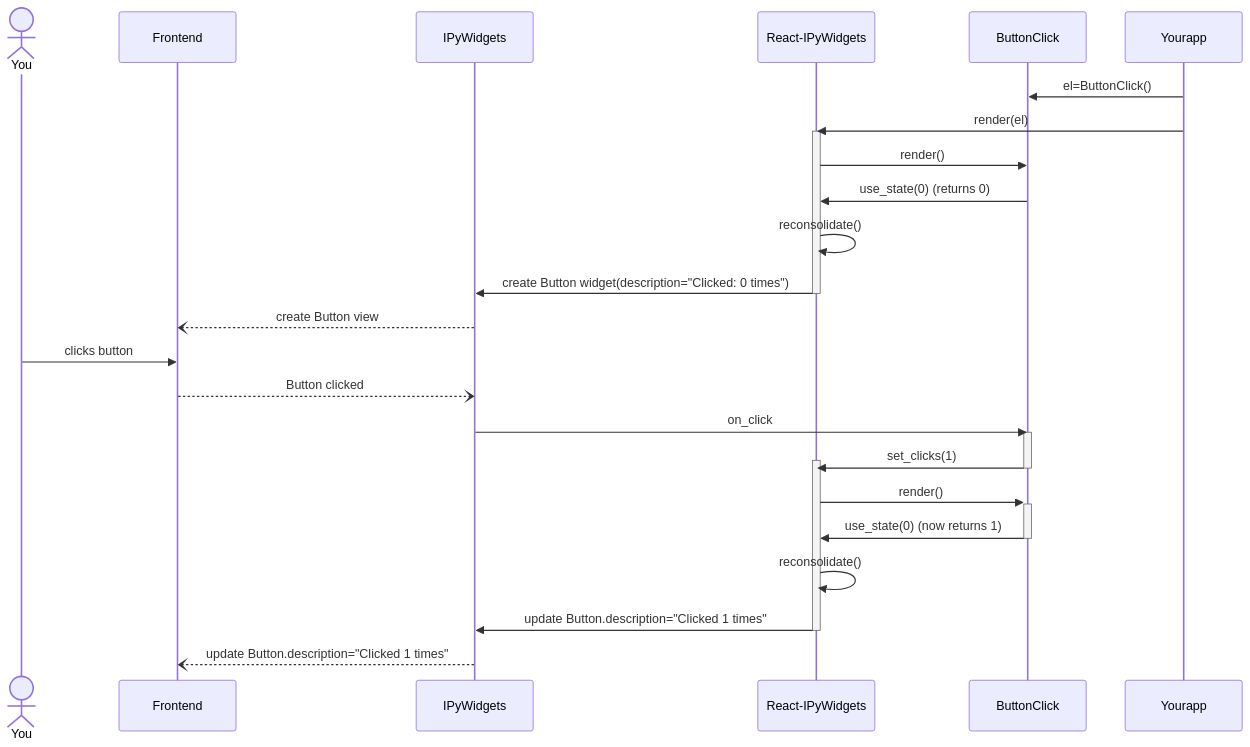
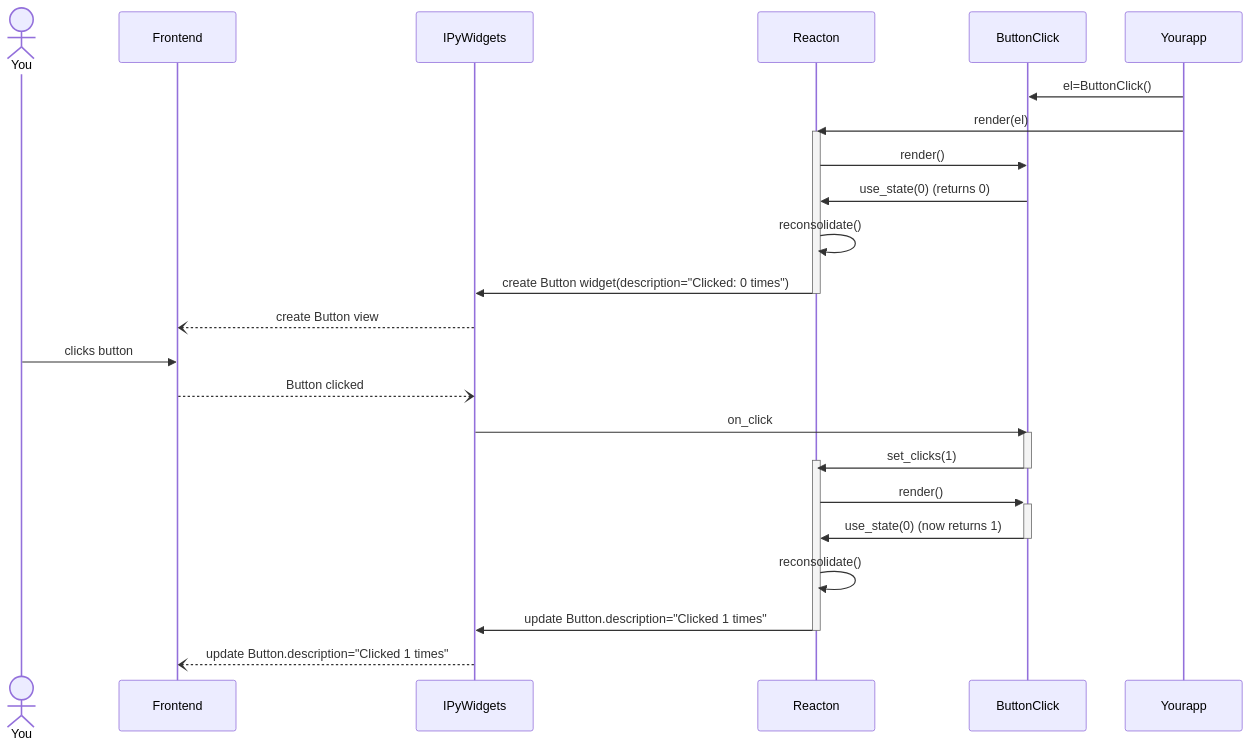
The diagram in docs/index.md (widgetti/reacton), drawn with Mermaid before and after one commit. The commit also changed other lines of this file and 36 other files, not shown here.

````diff
--- a/docs/index.md
+++ b/docs/index.md
@@ -82,36 +82,36 @@
 ```mermaid
 sequenceDiagram
     actor You
     participant Frontend as Frontend
     participant ipywidgets as IPyWidgets
-    participant react as React-IPyWidgets
+    participant react as Reacton
     participant component as ButtonClick
     participant app as Yourapp
 
     app->>component: el=ButtonClick()
     app->>react: render(el)
 
     activate react
     react->>component: render()
     component->>react: use_state(0) (returns 0)
 
     react->>react: reconsolidate()
     react->>ipywidgets: create Button widget(description="Clicked: 0 times")
     deactivate react
     ipywidgets--)Frontend: create Button view
 
     You->>Frontend: clicks button
 
     Frontend--)ipywidgets: Button clicked
     ipywidgets->>component: on_click
     activate component
     component->>react: set_clicks(1)
     activate react
     deactivate component
     react->>+component: render()
     component->>-react: use_state(0) (now returns 1)
     react->>react: reconsolidate()
     react->>ipywidgets: update Button.description="Clicked 1 times"
     deactivate react
     ipywidgets--)Frontend: update Button.description="Clicked 1 times"
 ```
````
